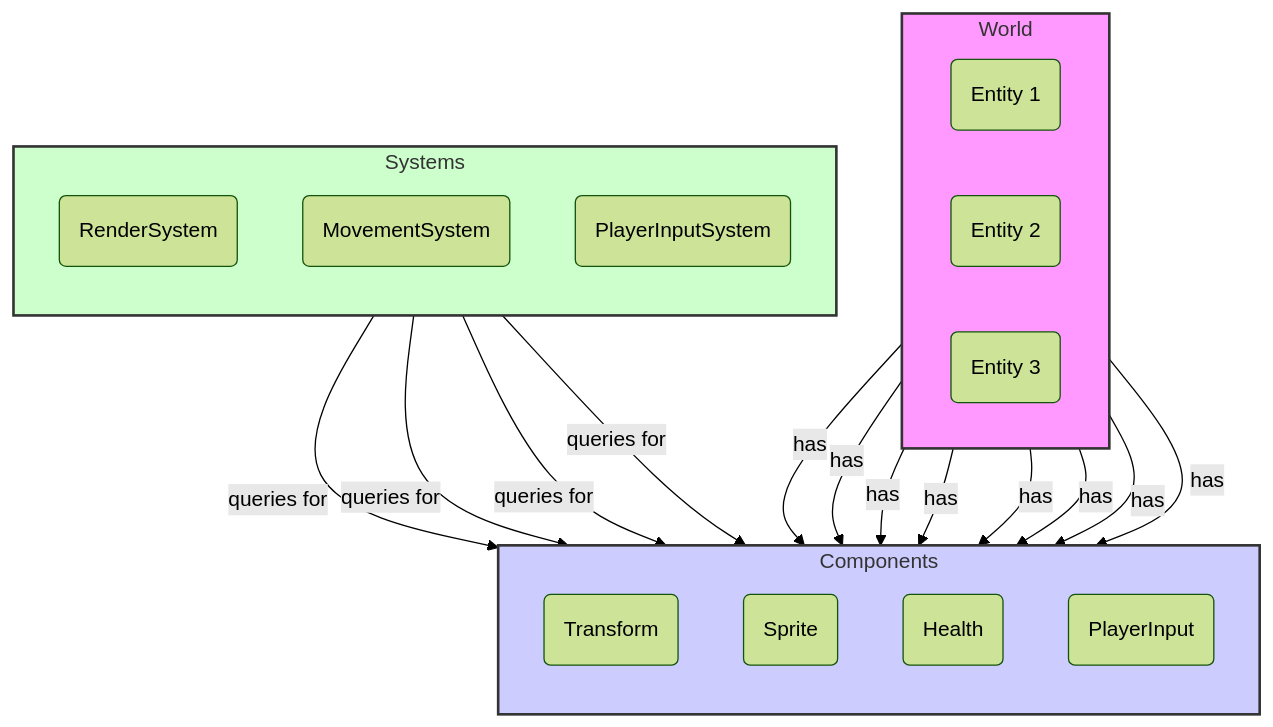
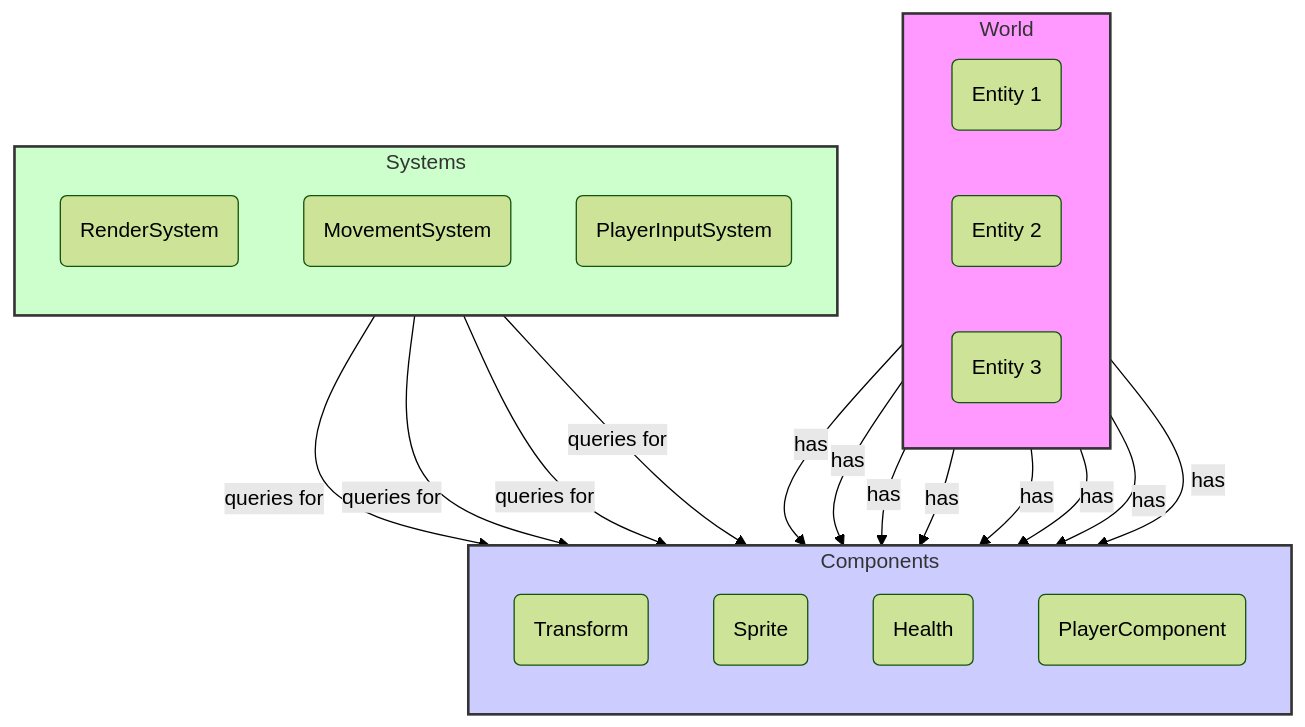
One commit to TheStackTraceWhisperer/september changed the diagram in ARCHITECTURE.md. Above: the diagram before and after it, drawn with Mermaid (forest theme). The commit also changed other lines of this file and 16 other files, not shown here.

````diff
--- a/ARCHITECTURE.md
+++ b/ARCHITECTURE.md
@@ -29,46 +29,46 @@
 ```mermaid
 graph TD
     subgraph World
         direction LR
         E1(Entity 1)
         E2(Entity 2)
         E3(Entity 3)
     end
 
     subgraph Components
         direction TB
         C1(Transform)
         C2(Sprite)
         C3(Health)
-        C4(PlayerInput)
+        C4(PlayerComponent)
     end
 
     subgraph Systems
         direction TB
         S1(RenderSystem)
         S2(MovementSystem)
         S3(PlayerInputSystem)
     end
 
     E1 -- has --> C1
     E1 -- has --> C2
 
     E2 -- has --> C1
     E2 -- has --> C2
     E2 -- has --> C3
 
     E3 -- has --> C1
     E3 -- has --> C2
     E3 -- has --> C4
 
     S1 -- queries for --> C1
     S1 -- queries for --> C2
 
     S2 -- queries for --> C1
 
     S3 -- queries for --> C4
 
     style World fill:#f9f,stroke:#333,stroke-width:2px
     style Components fill:#ccf,stroke:#333,stroke-width:2px
     style Systems fill:#cfc,stroke:#333,stroke-width:2px
 ```
````
